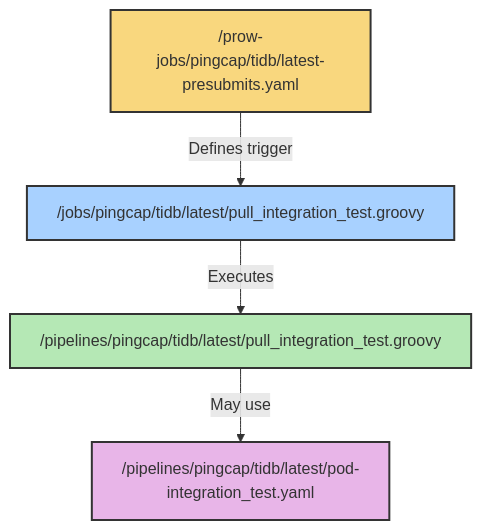
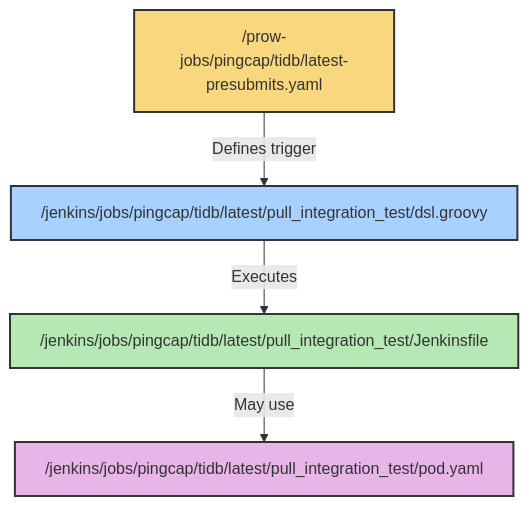
The diagram in docs/designs/README.md (PingCAP-QE/ci), drawn with Mermaid before and after one commit. The commit also changed other lines of this file and 156 other files, not shown here.

First line of the commit message:
refactor(jobs): de-bloat multi-pod template names and refresh layout docs (#5292)

````diff
--- a/docs/designs/README.md
+++ b/docs/designs/README.md
@@ -74,11 +67,11 @@
 ```mermaid
 graph TD
-    A["/prow-jobs/pingcap/tidb/latest-presubmits.yaml"] -->|Defines trigger| B["/jobs/pingcap/tidb/latest/pull_integration_test.groovy"]
-    B -->|Executes| C["/pipelines/pingcap/tidb/latest/pull_integration_test.groovy"]
-    C -->|May use| D["/pipelines/pingcap/tidb/latest/pod-integration_test.yaml"]
+    A["/prow-jobs/pingcap/tidb/latest-presubmits.yaml"] -->|Defines trigger| B["/jenkins/jobs/pingcap/tidb/latest/pull_integration_test/dsl.groovy"]
+    B -->|Executes| C["/jenkins/jobs/pingcap/tidb/latest/pull_integration_test/Jenkinsfile"]
+    C -->|May use| D["/jenkins/jobs/pingcap/tidb/latest/pull_integration_test/pod.yaml"]
 
     style A fill:#f9d77e,stroke:#333,stroke-width:2px
     style B fill:#a8d1ff,stroke:#333,stroke-width:2px
     style C fill:#b5e8b5,stroke:#333,stroke-width:2px
     style D fill:#e8b5e8,stroke:#333,stroke-width:2px
 ```
````
